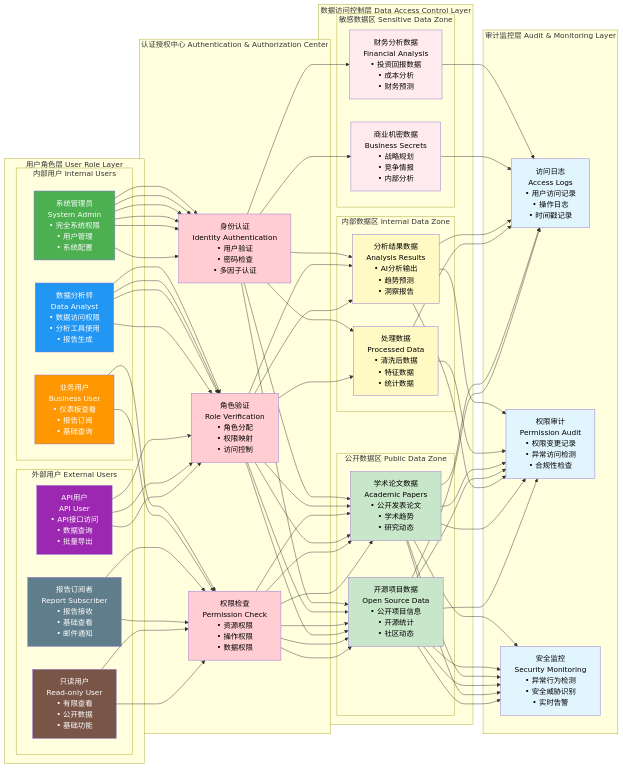
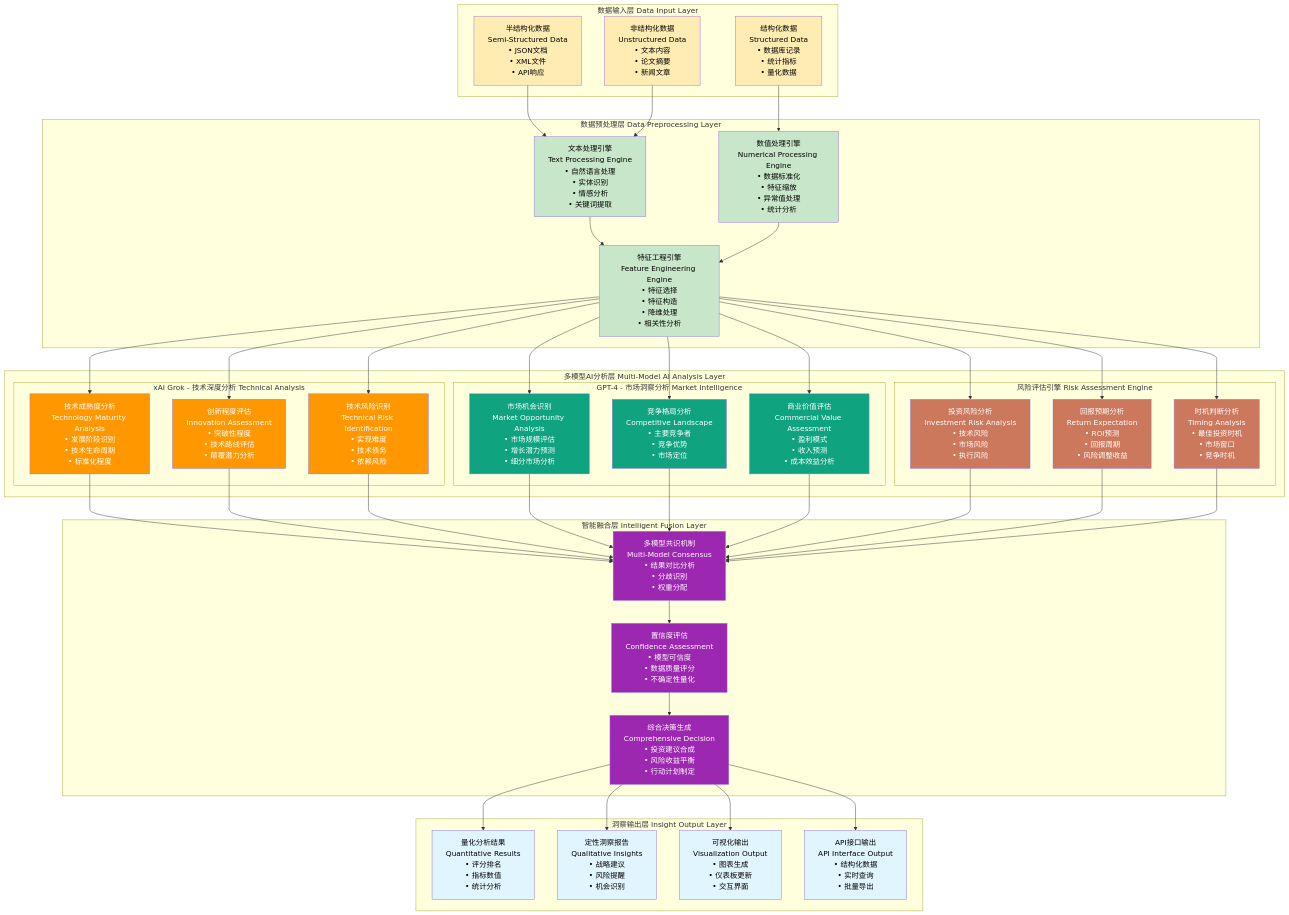
The fifth of 8 diagrams in doc/ict-insight.md (wisdom-future/ict-weekly-reports), drawn with Mermaid before and after one commit. The commit also changed other lines of this file, not shown here.

````diff
--- a/doc/ict-insight.md
+++ b/doc/ict-insight.md
@@ -332,89 +470,105 @@
 ```mermaid
-graph LR
-    subgraph "用户角色层 User Role Layer"
-        subgraph "内部用户 Internal Users"
-            IU1[系统管理员<br/>System Admin<br/>• 完全系统权限<br/>• 用户管理<br/>• 系统配置]
-            IU2[数据分析师<br/>Data Analyst<br/>• 数据访问权限<br/>• 分析工具使用<br/>• 报告生成]
-            IU3[业务用户<br/>Business User<br/>• 仪表板查看<br/>• 报告订阅<br/>• 基础查询]
+graph TB
+    subgraph "数据输入层 Data Input Layer"
+        INPUT1[结构化数据<br/>Structured Data<br/>• 数据库记录<br/>• 统计指标<br/>• 量化数据]
+        INPUT2[半结构化数据<br/>Semi-Structured Data<br/>• JSON文档<br/>• XML文件<br/>• API响应]
+        INPUT3[非结构化数据<br/>Unstructured Data<br/>• 文本内容<br/>• 论文摘要<br/>• 新闻文章]
+    end
+    
+    subgraph "数据预处理层 Data Preprocessing Layer"
+        PREP1[文本处理引擎<br/>Text Processing Engine<br/>• 自然语言处理<br/>• 实体识别<br/>• 情感分析<br/>• 关键词提取]
+        PREP2[数值处理引擎<br/>Numerical Processing Engine<br/>• 数据标准化<br/>• 特征缩放<br/>• 异常值处理<br/>• 统计分析]
+        PREP3[特征工程引擎<br/>Feature Engineering Engine<br/>• 特征选择<br/>• 特征构造<br/>• 降维处理<br/>• 相关性分析]
+    end
+    
+    subgraph "多模型AI分析层 Multi-Model AI Analysis Layer"
+        subgraph "xAI Grok - 技术深度分析 Technical Analysis"
+            GROK1[技术成熟度分析<br/>Technology Maturity Analysis<br/>• 发展阶段识别<br/>• 技术生命周期<br/>• 标准化程度]
+            GROK2[创新程度评估<br/>Innovation Assessment<br/>• 突破性程度<br/>• 技术路线评估<br/>• 颠覆潜力分析]
+            GROK3[技术风险识别<br/>Technical Risk Identification<br/>• 实现难度<br/>• 技术债务<br/>• 依赖风险]
         end
         
-        subgraph "外部用户 External Users"
-            EU1[API用户<br/>API User<br/>• API接口访问<br/>• 数据查询<br/>• 批量导出]
-            EU2[报告订阅者<br/>Report Subscriber<br/>• 报告接收<br/>• 基础查看<br/>• 邮件通知]
-            EU3[只读用户<br/>Read-only User<br/>• 有限查看<br/>• 公开数据<br/>• 基础功能]
+        subgraph "GPT-4 - 市场洞察分析 Market Intelligence"
+            GPT1[市场机会识别<br/>Market Opportunity Analysis<br/>• 市场规模评估<br/>• 增长潜力预测<br/>• 细分市场分析]
+            GPT2[竞争格局分析<br/>Competitive Landscape<br/>• 主要竞争者<br/>• 竞争优势<br/>• 市场定位]
+            GPT3[商业价值评估<br/>Commercial Value Assessment<br/>• 盈利模式<br/>• 收入预测<br/>• 成本效益分析]
+        end
+        
+        subgraph "风险评估引擎 Risk Assessment Engine"
+            RISK1[投资风险分析<br/>Investment Risk Analysis<br/>• 技术风险<br/>• 市场风险<br/>• 执行风险]
+            RISK2[回报预期分析<br/>Return Expectation<br/>• ROI预测<br/>• 回报周期<br/>• 风险调整收益]
+            RISK3[时机判断分析<br/>Timing Analysis<br/>• 最佳投资时机<br/>• 市场窗口<br/>• 竞争时机]
         end
     end
     
-    subgraph "认证授权中心 Authentication & Authorization Center"
-        AUTH1[身份认证<br/>Identity Authentication<br/>• 用户验证<br/>• 密码检查<br/>• 多因子认证]
-        AUTH2[角色验证<br/>Role Verification<br/>• 角色分配<br/>• 权限映射<br/>• 访问控制]
-        AUTH3[权限检查<br/>Permission Check<br/>• 资源权限<br/>• 操作权限<br/>• 数据权限]
+    subgraph "智能融合层 Intelligent Fusion Layer"
+        FUSION1[多模型共识机制<br/>Multi-Model Consensus<br/>• 结果对比分析<br/>• 分歧识别<br/>• 权重分配]
+        FUSION2[置信度评估<br/>Confidence Assessment<br/>• 模型可信度<br/>• 数据质量评分<br/>• 不确定性量化]
+        FUSION3[综合决策生成<br/>Comprehensive Decision<br/>• 投资建议合成<br/>• 风险收益平衡<br/>• 行动计划制定]
     end
     
-    subgraph "数据访问控制层 Data Access Control Layer"
-        subgraph "敏感数据区 Sensitive Data Zone"
-            SENS1[财务分析数据<br/>Financial Analysis<br/>• 投资回报数据<br/>• 成本分析<br/>• 财务预测]
-            SENS2[商业机密数据<br/>Business Secrets<br/>• 战略规划<br/>• 竞争情报<br/>• 内部分析]
-        end
-        
-        subgraph "内部数据区 Internal Data Zone"
-            INT1[分析结果数据<br/>Analysis Results<br/>• AI分析输出<br/>• 趋势预测<br/>• 洞察报告]
-            INT2[处理数据<br/>Processed Data<br/>• 清洗后数据<br/>• 特征数据<br/>• 统计数据]
-        end
-        
-        subgraph "公开数据区 Public Data Zone"
-            PUB1[学术论文数据<br/>Academic Papers<br/>• 公开发表论文<br/>• 学术趋势<br/>• 研究动态]
-            PUB2[开源项目数据<br/>Open Source Data<br/>• 公开项目信息<br/>• 开源统计<br/>• 社区动态]
-        end
+    subgraph "洞察输出层 Insight Output Layer"
+        OUTPUT1[量化分析结果<br/>Quantitative Results<br/>• 评分排名<br/>• 指标数值<br/>• 统计分析]
+        OUTPUT2[定性洞察报告<br/>Qualitative Insights<br/>• 战略建议<br/>• 风险提醒<br/>• 机会识别]
+        OUTPUT3[可视化输出<br/>Visualization Output<br/>• 图表生成<br/>• 仪表板更新<br/>• 交互界面]
+        OUTPUT4[API接口输出<br/>API Interface Output<br/>• 结构化数据<br/>• 实时查询<br/>• 批量导出]
     end
     
-    subgraph "审计监控层 Audit & Monitoring Layer"
-        AUDIT1[访问日志<br/>Access Logs<br/>• 用户访问记录<br/>• 操作日志<br/>• 时间戳记录]
-        AUDIT2[权限审计<br/>Permission Audit<br/>• 权限变更记录<br/>• 异常访问检测<br/>• 合规性检查]
-        AUDIT3[安全监控<br/>Security Monitoring<br/>• 异常行为检测<br/>• 安全威胁识别<br/>• 实时告警]
-    end
+    INPUT1 --> PREP2
+    INPUT2 --> PREP1
+    INPUT3 --> PREP1
     
-    IU1 --> AUTH1 --> SENS1 --> AUDIT1
-    IU1 --> AUTH1 --> SENS2 --> AUDIT1
-    IU1 --> AUTH1 --> INT1 --> AUDIT1
-    IU1 --> AUTH1 --> INT2 --> AUDIT1
-    IU1 --> AUTH1 --> PUB1 --> AUDIT1
-    IU1 --> AUTH1 --> PUB2 --> AUDIT1
+    PREP1 --> PREP3
+    PREP2 --> PREP3
     
-    IU2 --> AUTH2 --> INT1 --> AUDIT2
-    IU2 --> AUTH2 --> INT2 --> AUDIT2
-    IU2 --> AUTH2 --> PUB1 --> AUDIT2
-    IU2 --> AUTH2 --> PUB2 --> AUDIT2
+    PREP3 --> GROK1
+    PREP3 --> GROK2
+    PREP3 --> GROK3
+    PREP3 --> GPT1
+    PREP3 --> GPT2
+    PREP3 --> GPT3
+    PREP3 --> RISK1
+    PREP3 --> RISK2
+    PREP3 --> RISK3
     
-    IU3 --> AUTH3 --> PUB1 --> AUDIT3
-    IU3 --> AUTH3 --> PUB2 --> AUDIT3
+    GROK1 --> FUSION1
+    GROK2 --> FUSION1
+    GROK3 --> FUSION1
+    GPT1 --> FUSION1
+    GPT2 --> FUSION1
+    GPT3 --> FUSION1
+    RISK1 --> FUSION1
+    RISK2 --> FUSION1
+    RISK3 --> FUSION1
     
-    EU1 --> AUTH2 --> INT1 --> AUDIT2
-    EU1 --> AUTH2 --> PUB1 --> AUDIT2
-    EU1 --> AUTH2 --> PUB2 --> AUDIT2
+    FUSION1 --> FUSION2
+    FUSION2 --> FUSION3
     
-    EU2 --> AUTH3 --> PUB1 --> AUDIT3
-    EU2 --> AUTH3 --> PUB2 --> AUDIT3
+    FUSION3 --> OUTPUT1
+    FUSION3 --> OUTPUT2
+    FUSION3 --> OUTPUT3
+    FUSION3 --> OUTPUT4
     
-    EU3 --> AUTH3 --> PUB1 --> AUDIT3
-    EU3 --> AUTH3 --> PUB2 --> AUDIT3
-    
-    style IU1 fill:#4caf50,color:#fff
-    style IU2 fill:#2196f3,color:#fff
-    style IU3 fill:#ff9800,color:#fff
-    style EU1 fill:#9c27b0,color:#fff
-    style EU2 fill:#607d8b,color:#fff
-    style EU3 fill:#795548,color:#fff
-    style AUTH1 fill:#ffcdd2,color:#000
-    style AUTH2 fill:#ffcdd2,color:#000
-    style AUTH3 fill:#ffcdd2,color:#000
-    style SENS1 fill:#ffebee,color:#000
-    style SENS2 fill:#ffebee,color:#000
-    style INT1 fill:#fff9c4,color:#000
-    style INT2 fill:#fff9c4,color:#000
-    style PUB1 fill:#c8e6c9,color:#000
-    style PUB2 fill:#c8e6c9,color:#000
-    style AUDIT1 fill:#e1f5fe,color:#000
-    style AUDIT2 fill:#e1f5fe,color:#000
-    style AUDIT3 fill:#e1f5fe,color:#000
+    style INPUT1 fill:#ffecb3,color:#000
+    style INPUT2 fill:#ffecb3,color:#000
+    style INPUT3 fill:#ffecb3,color:#000
+    style PREP1 fill:#c8e6c9,color:#000
+    style PREP2 fill:#c8e6c9,color:#000
+    style PREP3 fill:#c8e6c9,color:#000
+    style GROK1 fill:#ff9800,color:#fff
+    style GROK2 fill:#ff9800,color:#fff
+    style GROK3 fill:#ff9800,color:#fff
+    style GPT1 fill:#10a37f,color:#fff
+    style GPT2 fill:#10a37f,color:#fff
+    style GPT3 fill:#10a37f,color:#fff
+    style RISK1 fill:#cc785c,color:#fff
+    style RISK2 fill:#cc785c,color:#fff
+    style RISK3 fill:#cc785c,color:#fff
+    style FUSION1 fill:#9c27b0,color:#fff
+    style FUSION2 fill:#9c27b0,color:#fff
+    style FUSION3 fill:#9c27b0,color:#fff
+    style OUTPUT1 fill:#e1f5fe,color:#000
+    style OUTPUT2 fill:#e1f5fe,color:#000
+    style OUTPUT3 fill:#e1f5fe,color:#000
+    style OUTPUT4 fill:#e1f5fe,color:#000
 ```
````
